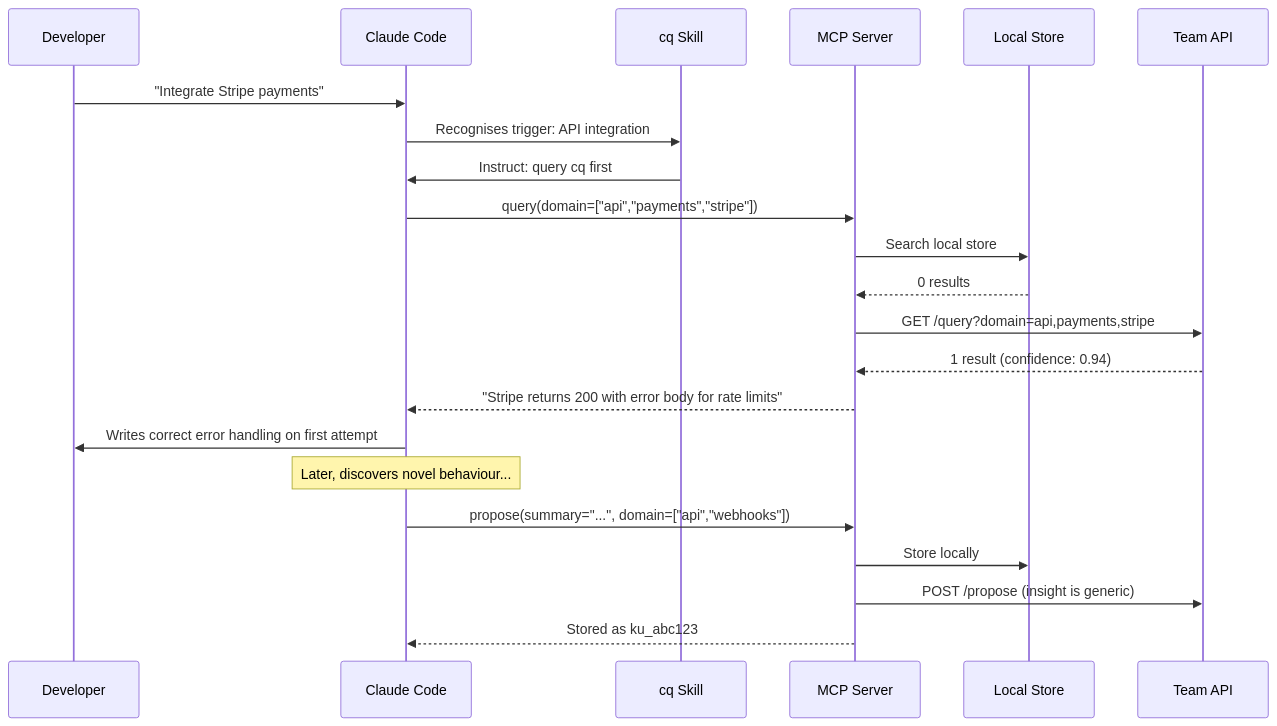
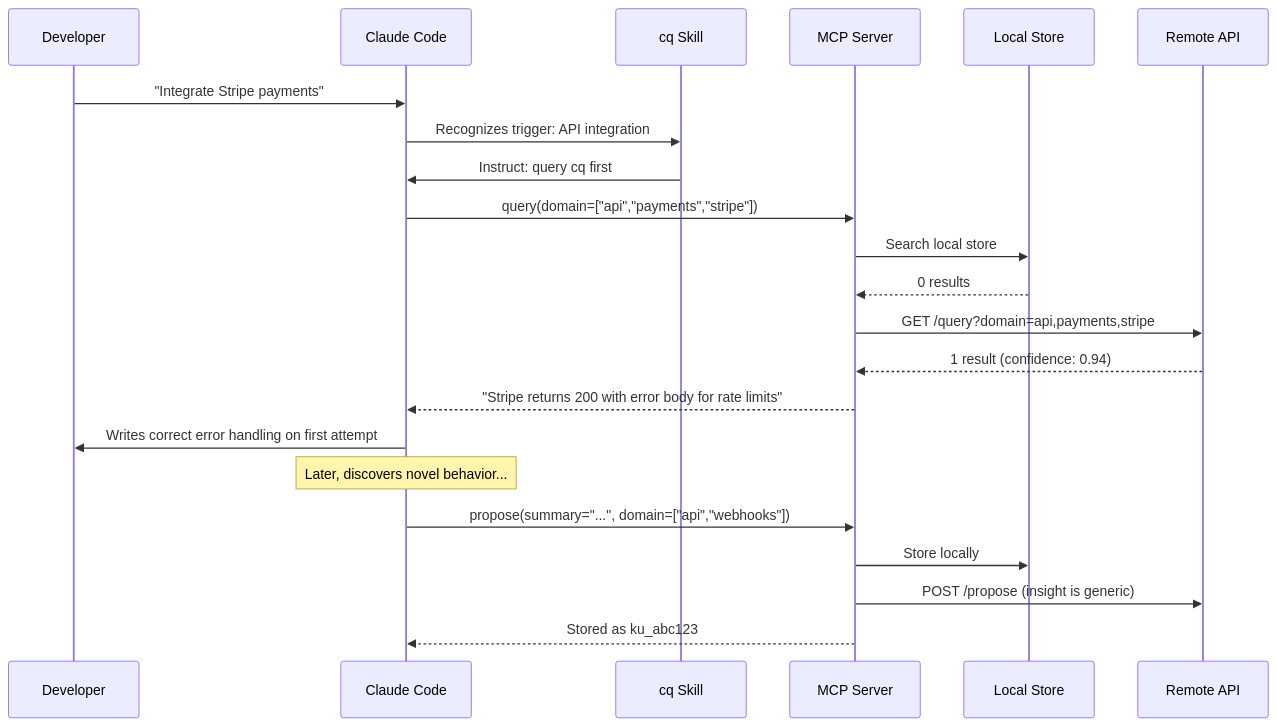
The second of 2 diagrams in docs/plans/2026-03-04-craic-mvp-poc-design.md (mozilla-ai/cq), drawn with Mermaid before and after one commit. The commit also changed other lines of this file and 16 other files, not shown here.

````diff
--- a/docs/plans/2026-03-04-craic-mvp-poc-design.md
+++ b/docs/plans/2026-03-04-craic-mvp-poc-design.md
@@ -59,27 +59,27 @@
 ```mermaid
 sequenceDiagram
     participant Dev as Developer
     participant CC as Claude Code
     participant Skill as cq Skill
     participant MCP as MCP Server
     participant Local as Local Store
-    participant Team as Team API
+    participant Remote as Remote API
 
     Dev->>CC: "Integrate Stripe payments"
-    CC->>Skill: Recognises trigger: API integration
+    CC->>Skill: Recognizes trigger: API integration
     Skill->>CC: Instruct: query cq first
     CC->>MCP: query(domain=["api","payments","stripe"])
     MCP->>Local: Search local store
     Local-->>MCP: 0 results
-    MCP->>Team: GET /query?domain=api,payments,stripe
-    Team-->>MCP: 1 result (confidence: 0.94)
+    MCP->>Remote: GET /query?domain=api,payments,stripe
+    Remote-->>MCP: 1 result (confidence: 0.94)
     MCP-->>CC: "Stripe returns 200 with error body for rate limits"
     CC->>Dev: Writes correct error handling on first attempt
 
-    Note over CC: Later, discovers novel behaviour...
+    Note over CC: Later, discovers novel behavior...
 
     CC->>MCP: propose(summary="...", domain=["api","webhooks"])
     MCP->>Local: Store locally
-    MCP->>Team: POST /propose (insight is generic)
+    MCP->>Remote: POST /propose (insight is generic)
     MCP-->>CC: Stored as ku_abc123
 ```
````
